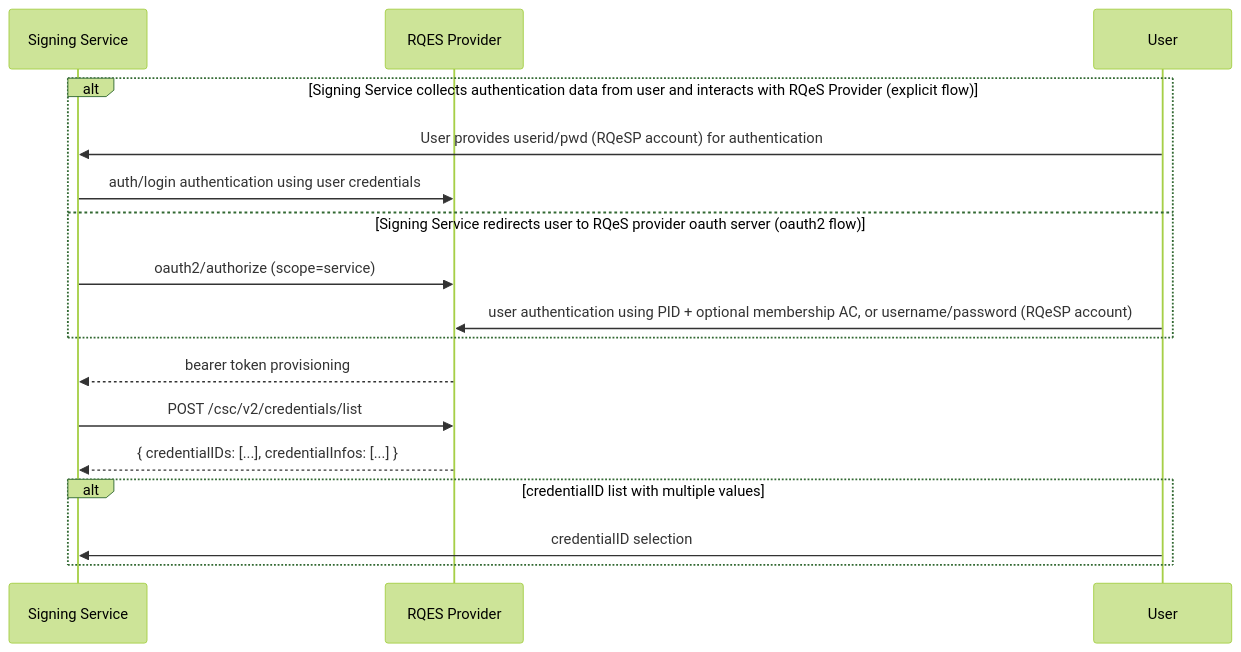
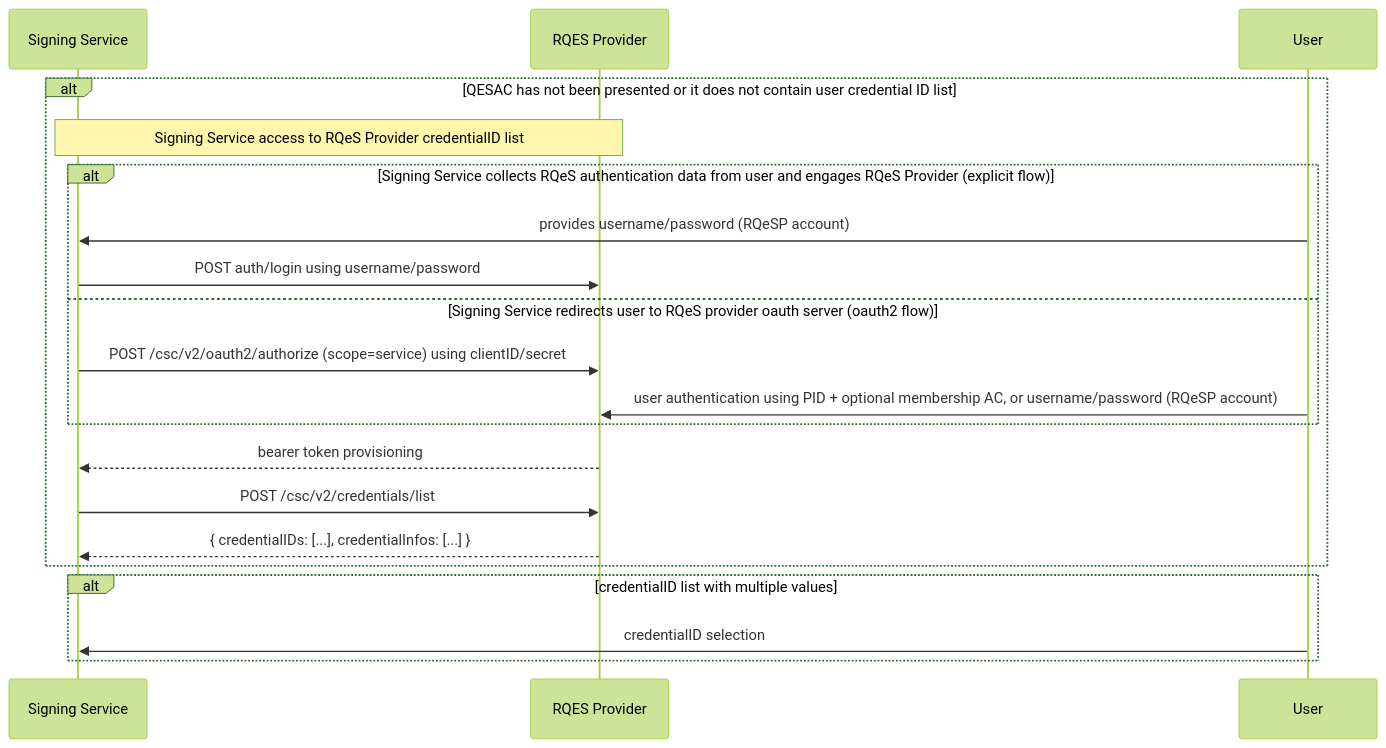
One commit to EWC-consortium/eudi-wallet-rfcs changed the fourth of 7 diagrams in ewc-rfc010-long-term-certifice-qes-creation.md. Above: the diagram before and after it, drawn with Mermaid (forest theme). The commit also changed other lines of this file, not shown here.

````diff
--- a/ewc-rfc010-long-term-certifice-qes-creation.md
+++ b/ewc-rfc010-long-term-certifice-qes-creation.md
@@ -285,24 +315,24 @@
 ```mermaid
 %% credentialList
   sequenceDiagram
     participant Signing Service
     participant RQES Provider
 
-  
-   alt Signing Service collects authentication data from user and interacts with RQeS Provider (explicit flow)
-        User->>Signing Service: User provides userid/pwd (RQeSP account) for authentication  
-        Signing Service->>RQES Provider: auth/login authentication using user credentials
-   else Signing Service redirects user to RQeS provider oauth server (oauth2 flow)
-        Signing Service->>RQES Provider: oauth2/authorize (scope=service)
+    alt QESAC has not been presented or it does not contain user credential ID list 
+    Note over Signing Service, RQES Provider: Signing Service access to RQeS Provider credentialID list
+      alt Signing Service collects RQeS authentication data from user and engages RQeS Provider (explicit flow)
+        User->>Signing Service: provides username/password (RQeSP account)
+        Signing Service->>RQES Provider: POST auth/login using username/password
+      else Signing Service redirects user to RQeS provider oauth server (oauth2 flow)
+        Signing Service->>RQES Provider: POST /csc/v2/oauth2/authorize (scope=service) using clientID/secret
         User->>RQES Provider: user authentication using PID + optional membership AC, or username/password (RQeSP account)
-   end 
-
-   RQES Provider-->>Signing Service: bearer token provisioning
-   Signing Service->>RQES Provider: POST /csc/v2/credentials/list
-   RQES Provider-->>Signing Service: { credentialIDs: [...], credentialInfos: [...] }
-   
-   alt credentialID list with multiple values
+      end 
+      RQES Provider-->>Signing Service: bearer token provisioning
+      Signing Service->>RQES Provider: POST /csc/v2/credentials/list
+      RQES Provider-->>Signing Service: { credentialIDs: [...], credentialInfos: [...] }
+    end
+    alt credentialID list with multiple values
         User->>Signing Service: credentialID selection
-   end
+    end
 
 ```
````
